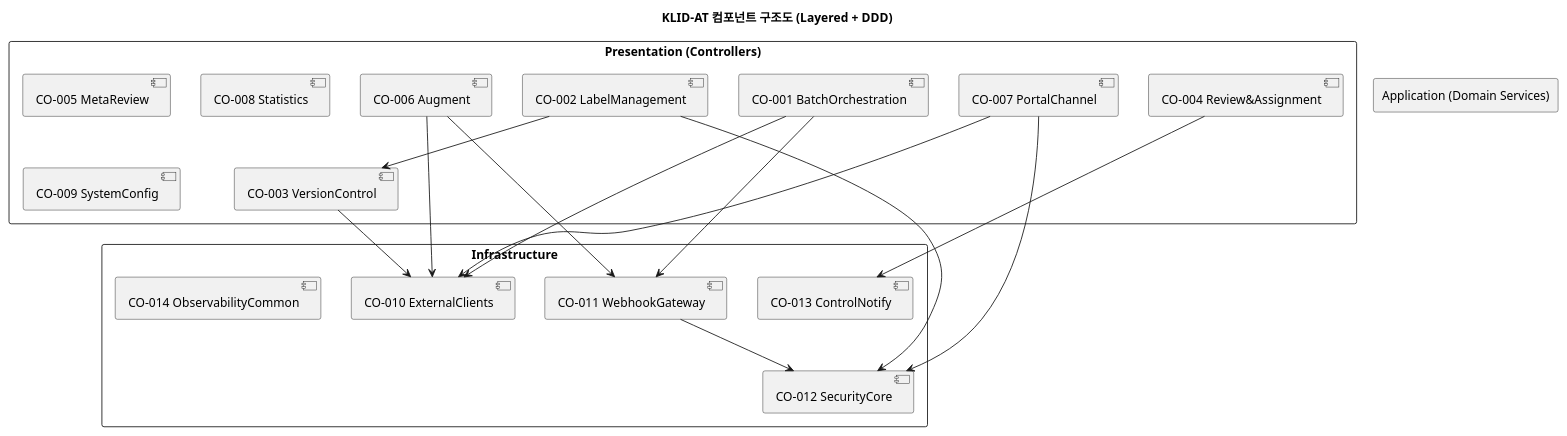
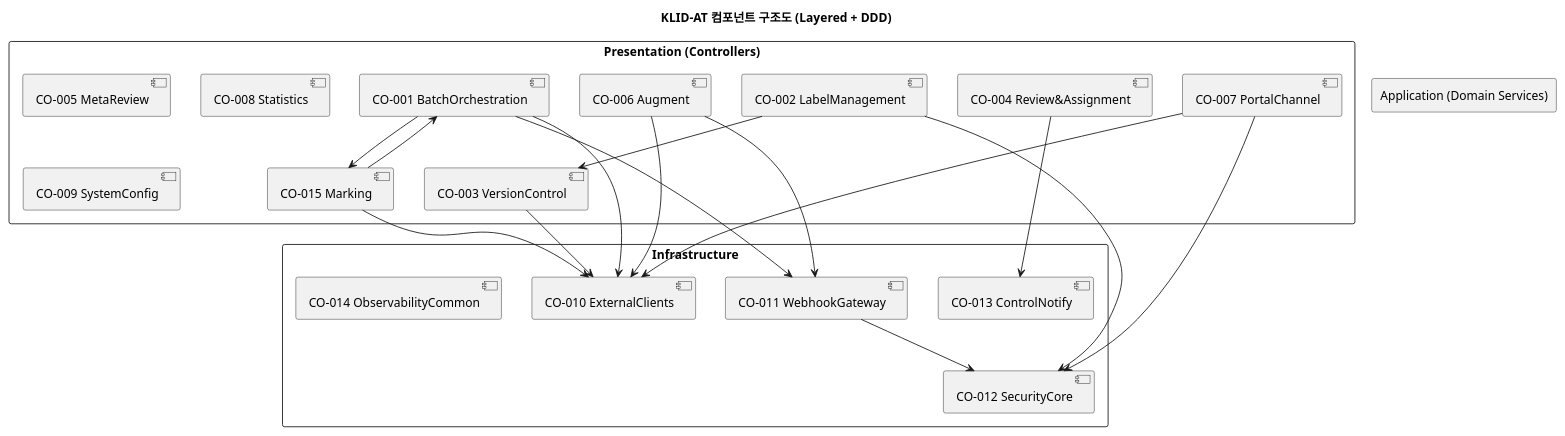
The diagram in docs/design/D3_컴포넌트설계서_v1.0.md (New-stella/klid-label), drawn with PlantUML before and after one commit. The commit also changed 2 other files, not shown here.

Commit message:
docs(design): V2.0 다이어그램 반영 — UCD/시퀀스/클래스/컴포넌트
- R2 UCD-001: UC-016 마킹 추가, UC-001→UC-016 include, UC-016→UC-004 trigger
- R2 UCD-003: UC-011 "증강 비동기 요청(새 영상 생성)", UC-012 "포털 사용자 라벨링(데이터마트 Load)"
- D1 SD-001: 시퀀스에 MarkingStep 추가, VLM 콜백 비동기 주석, extractByMarks, YOLO 원본만 주석
- D1 클래스도: BatchOrchestrator.markingStep 필드, MarkingStep ..|> PipelineStep
- D3 컴포넌트도: CO-015 Marking 컴포넌트 추가, 의존 화살표

Generated with Claude Code

````diff
--- a/docs/design/D3_컴포넌트설계서_v1.0.md
+++ b/docs/design/D3_컴포넌트설계서_v1.0.md
@@ -21,48 +21,53 @@
 ```plantuml
 @startuml KLID-AT-Component-Structure
 title KLID-AT 컴포넌트 구조도 (Layered + DDD)
 skinparam packageStyle rectangle
 skinparam defaultFontName "Malgun Gothic"
 
 package "Presentation (Controllers)" {
   [CO-001 BatchOrchestration]
   [CO-002 LabelManagement]
   [CO-003 VersionControl]
   [CO-004 Review&Assignment]
   [CO-005 MetaReview]
   [CO-006 Augment]
   [CO-007 PortalChannel]
   [CO-008 Statistics]
   [CO-009 SystemConfig]
+  [CO-015 Marking]
 }
 
 package "Application (Domain Services)" {
   [CO-002 LabelManagement]
   [CO-003 VersionControl]
   [CO-004 Review&Assignment]
   [CO-005 MetaReview]
   [CO-006 Augment]
   [CO-007 PortalChannel]
+  [CO-015 Marking]
 }
 
 package "Infrastructure" {
   [CO-010 ExternalClients]
   [CO-011 WebhookGateway]
   [CO-012 SecurityCore]
   [CO-013 ControlNotify]
   [CO-014 ObservabilityCommon]
 }
 
+[CO-015 Marking] --> [CO-001 BatchOrchestration]
+[CO-015 Marking] --> [CO-010 ExternalClients]
+[CO-001 BatchOrchestration] --> [CO-015 Marking]
 [CO-001 BatchOrchestration] --> [CO-010 ExternalClients]
 [CO-001 BatchOrchestration] --> [CO-011 WebhookGateway]
 [CO-002 LabelManagement] --> [CO-003 VersionControl]
 [CO-003 VersionControl] --> [CO-010 ExternalClients]
 [CO-004 Review&Assignment] --> [CO-013 ControlNotify]
 [CO-006 Augment] --> [CO-010 ExternalClients]
 [CO-006 Augment] --> [CO-011 WebhookGateway]
 [CO-007 PortalChannel] --> [CO-010 ExternalClients]
 [CO-002 LabelManagement] --> [CO-012 SecurityCore]
 [CO-007 PortalChannel] --> [CO-012 SecurityCore]
 [CO-011 WebhookGateway] --> [CO-012 SecurityCore]
 @enduml
 ```
````
